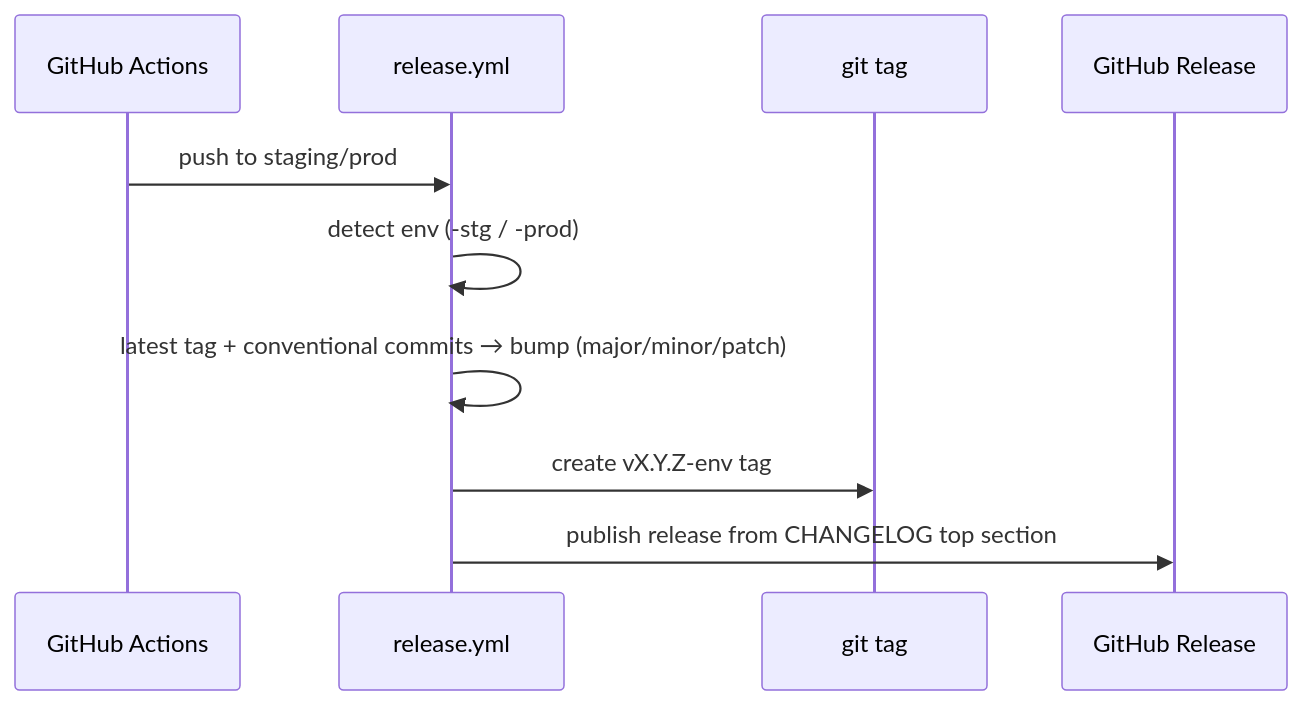
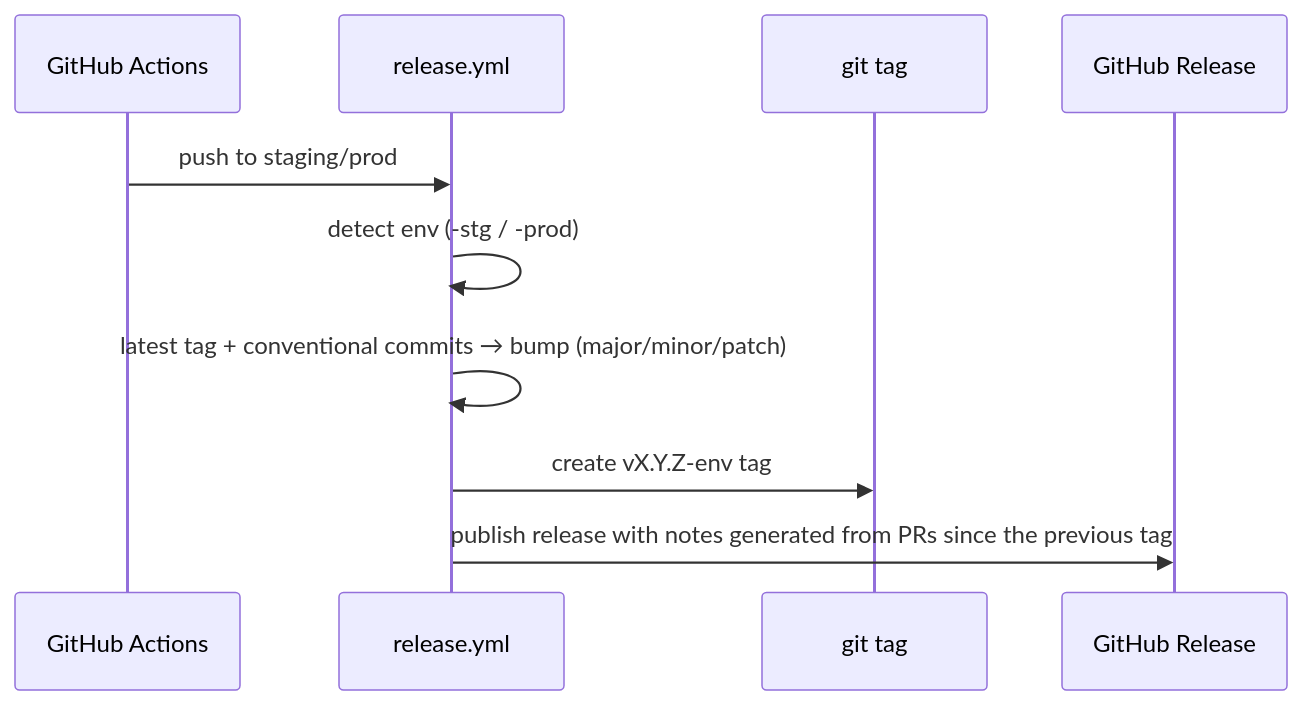
One commit to tapway/tapway-superpowers changed the sixth of 7 diagrams in docs/WORKFLOWS.md. Above: the diagram before and after it, drawn with Mermaid. The commit also changed other lines of this file and 1 other file, not shown here.

Commit message:
fix(release): generate release notes from PRs since the previous tag (#76)

````diff
--- a/docs/WORKFLOWS.md
+++ b/docs/WORKFLOWS.md
@@ -191,13 +191,13 @@
 ```mermaid
 sequenceDiagram
   participant GH as GitHub Actions
   participant V as release.yml
   participant Tag as git tag
   participant Rel as GitHub Release
 
   GH->>V: push to staging/prod
   V->>V: detect env (-stg / -prod)
   V->>V: latest tag + conventional commits → bump (major/minor/patch)
   V->>Tag: create vX.Y.Z-env tag
-  V->>Rel: publish release from CHANGELOG top section
+  V->>Rel: publish release with notes generated from PRs since the previous tag
 ```
````
